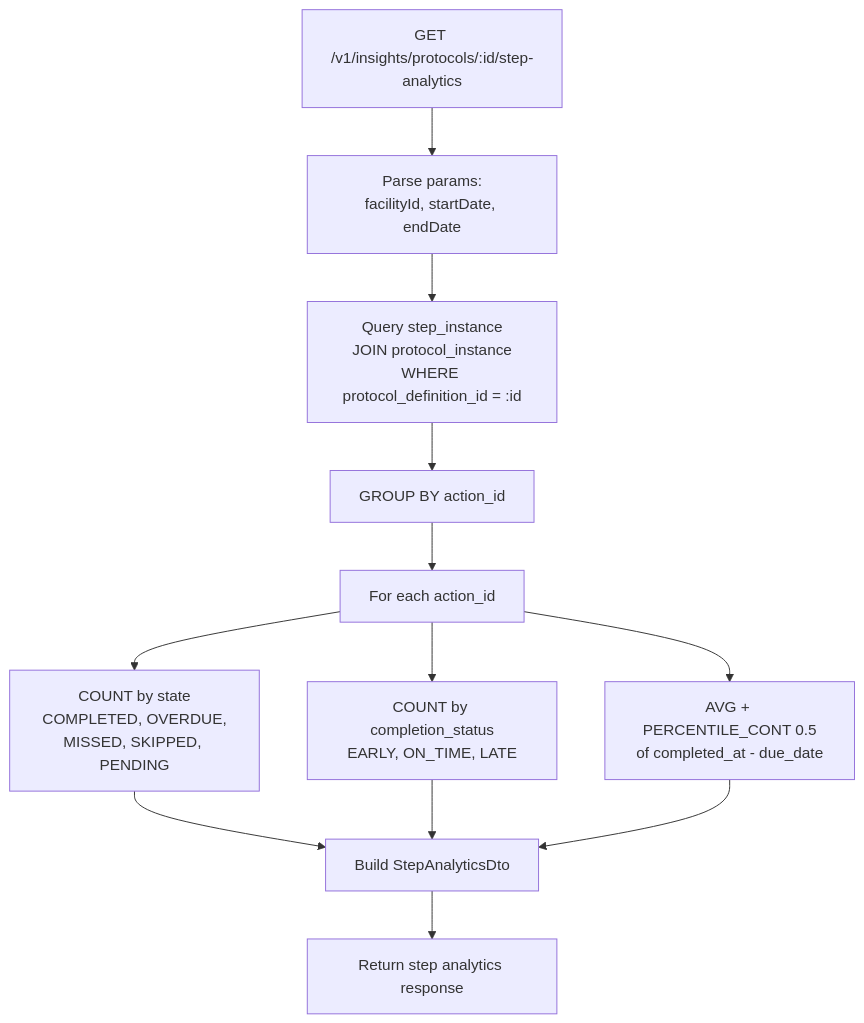
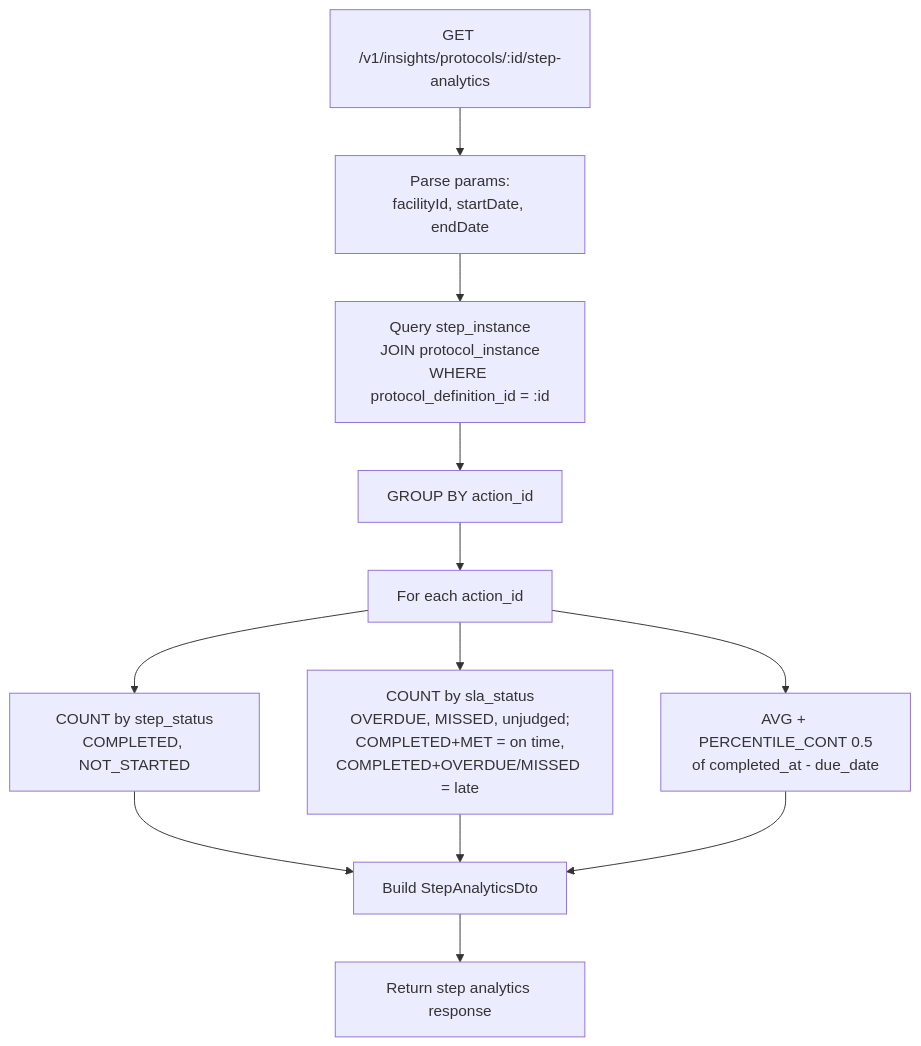
One commit to openphc/cce-insights-service changed the tenth of 29 diagrams in docs/flow-diagrams.md. Above: the diagram before and after it, drawn with Mermaid. The commit also changed other lines of this file and 81 other files, not shown here.

First line of the commit message:
Read the CCE 2.0.0 cce_analytics schema

````diff
--- a/docs/flow-diagrams.md
+++ b/docs/flow-diagrams.md
@@ -207,17 +207,17 @@
 ```mermaid
 flowchart TD
     A[GET /v1/insights/protocols/:id/step-analytics] --> B[Parse params:<br/>facilityId, startDate, endDate]
     B --> C[Query step_instance<br/>JOIN protocol_instance<br/>WHERE protocol_definition_id = :id]
     C --> D[GROUP BY action_id]
     D --> E[For each action_id]
 
-    E --> F[COUNT by state<br/>COMPLETED, OVERDUE,<br/>MISSED, SKIPPED, PENDING]
-    E --> G[COUNT by completion_status<br/>EARLY, ON_TIME, LATE]
+    E --> F[COUNT by step_status<br/>COMPLETED, NOT_STARTED]
+    E --> G[COUNT by sla_status<br/>OVERDUE, MISSED, unjudged;<br/>COMPLETED+MET = on time,<br/>COMPLETED+OVERDUE/MISSED = late]
     E --> H[AVG + PERCENTILE_CONT 0.5<br/>of completed_at - due_date]
 
     F --> I[Build StepAnalyticsDto]
     G --> I
     H --> I
 
     I --> J[Return step analytics response]
 ```
````
